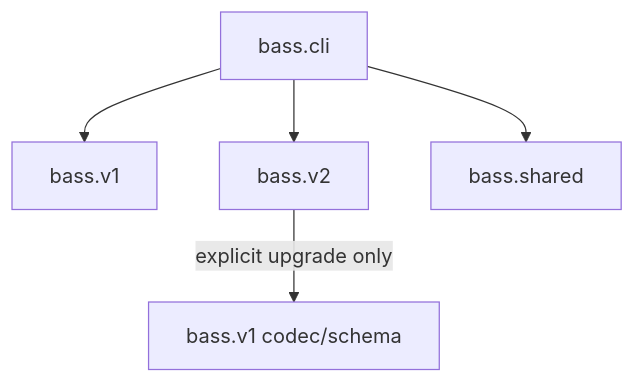
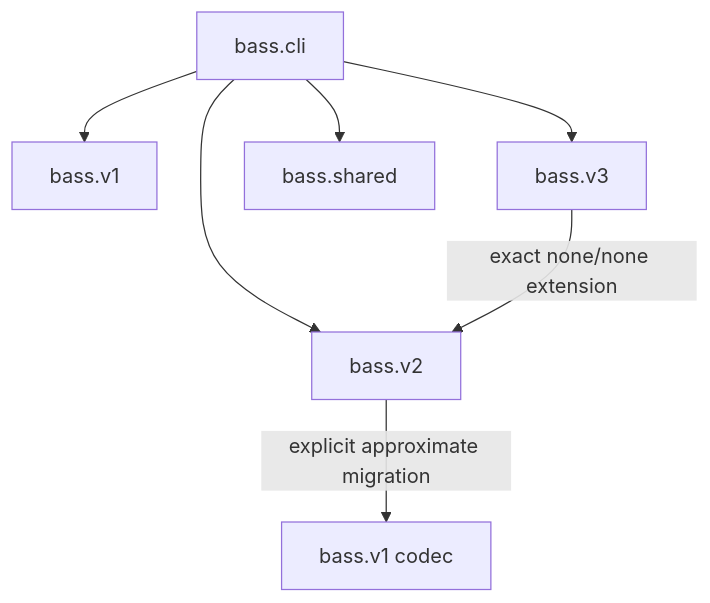
One commit to jesusllg/BASS-Branching-Architecture-Search-Space-for-Deep-Super-Resolution changed the diagram in docs/VERSIONS.md. Above: the diagram before and after it, drawn with Mermaid. The commit also changed other lines of this file and 44 other files, not shown here.

````diff
--- a/docs/VERSIONS.md
+++ b/docs/VERSIONS.md
@@ -23,7 +29,9 @@
 ```mermaid
 flowchart TB
     CLI["bass.cli"] --> V1["bass.v1"]
     CLI --> V2["bass.v2"]
+    CLI --> V3["bass.v3"]
     CLI --> Shared["bass.shared"]
-    V2 -->|"explicit upgrade only"| V1Codec["bass.v1 codec/schema"]
+    V2 -->|"explicit approximate migration"| V1Codec["bass.v1 codec"]
+    V3 -->|"exact none/none extension"| V2
 ```
````
